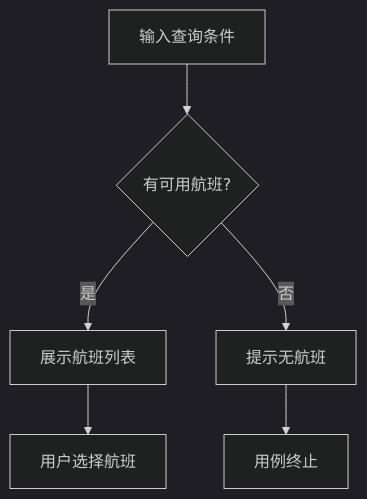
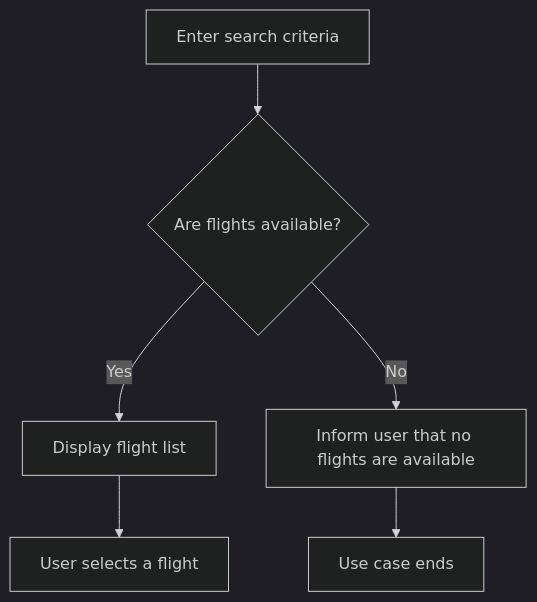
Before and after one commit to huang-xiao-jian/bluey: the diagram in skills/draft-use-case-specification/adr/mermaid.md, drawn with Mermaid (dark theme). The commit also changed other lines of this file and 9 other files, not shown here.

````diff
--- a/skills/draft-use-case-specification/adr/mermaid.md
+++ b/skills/draft-use-case-specification/adr/mermaid.md
@@ -48,7 +48,7 @@
 ```mermaid
 flowchart TD
-    N1[输入查询条件] --> N2{有可用航班?}
-    N2 -- 是 --> N3[展示航班列表]
-    N2 -- 否 --> N4[提示无航班] --> N5[用例终止]
-    N3 --> N6[用户选择航班]
+    N1[Enter search criteria] --> N2{Are flights available?}
+    N2 -- Yes --> N3[Display flight list]
+    N2 -- No --> N4[Inform user that no flights are available] --> N5[Use case ends]
+    N3 --> N6[User selects a flight]
 ```
````
